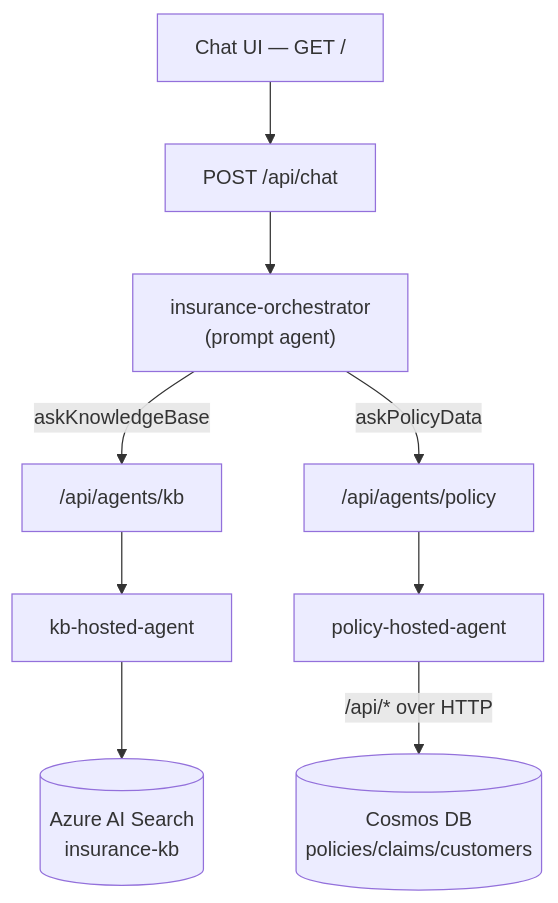
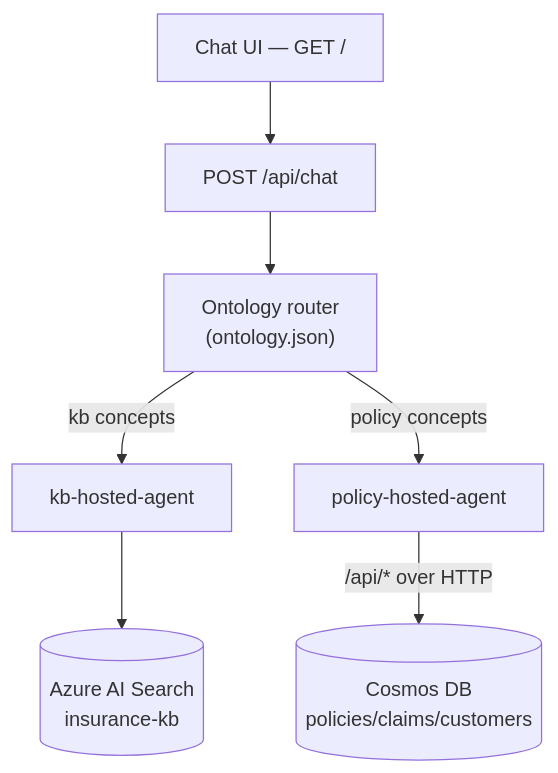
One commit to gethiten/FOUNDRY-SEARCH-COSMOS-DEMO changed the diagram in README.md. Above: the diagram before and after it, drawn with Mermaid. The commit also changed other lines of this file and 5 other files, not shown here.

````diff
--- a/README.md
+++ b/README.md
@@ -33,11 +34,9 @@
 ```mermaid
 flowchart TD
     UI["Chat UI — GET /"] --> CHAT["POST /api/chat"]
-    CHAT --> ORCH["insurance-orchestrator<br/>(prompt agent)"]
-    ORCH -->|askKnowledgeBase| KBEP["/api/agents/kb"]
-    ORCH -->|askPolicyData| POLEP["/api/agents/policy"]
-    KBEP --> KBH["kb-hosted-agent"]
-    POLEP --> POLH["policy-hosted-agent"]
+    CHAT --> RT["Ontology router<br/>(ontology.json)"]
+    RT -->|kb concepts| KBH["kb-hosted-agent"]
+    RT -->|policy concepts| POLH["policy-hosted-agent"]
     KBH --> SEARCH[(Azure AI Search<br/>insurance-kb)]
     POLH -->|/api/* over HTTP| COSMOS[(Cosmos DB<br/>policies/claims/customers)]
 ```
````
